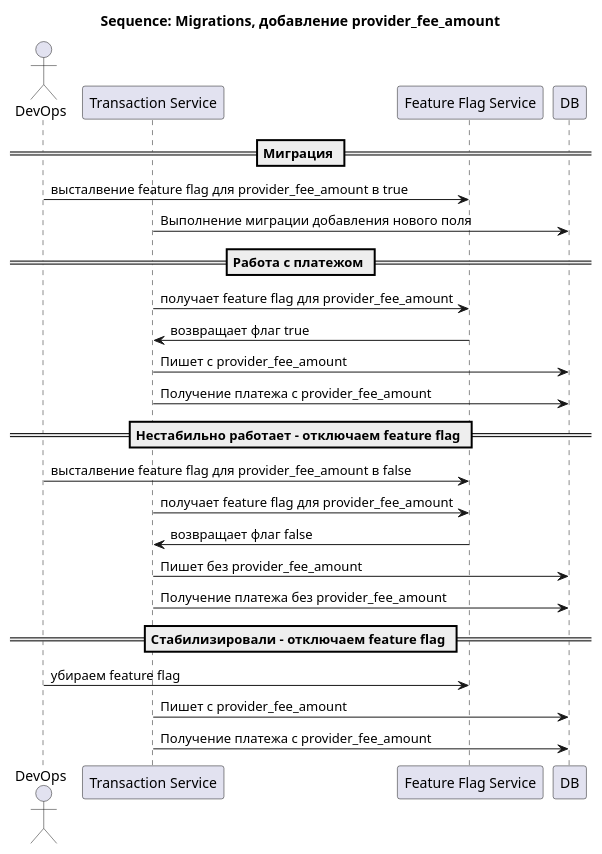
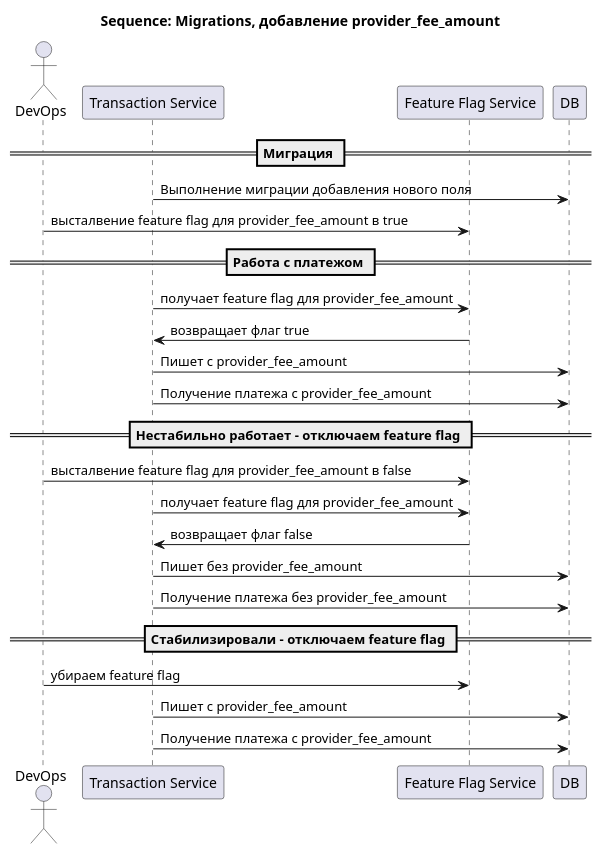
The diagram in payment/migrations/sequance.puml (NerouN1919/SDIA), drawn with PlantUML before and after one commit. The commit also changed other lines of this file and 10 other files, not shown here.

```diff
--- a/payment/migrations/sequance.puml
+++ b/payment/migrations/sequance.puml
@@ -1,30 +1,30 @@
 @startuml
 title Sequence: Migrations, добавление provider_fee_amount
 
 actor "DevOps" as devops
 participant "Transaction Service" as transaction_service
 participant "Feature Flag Service" as feature_flag_service
 participant "DB" as db
 
 == Миграция ==
+transaction_service -> db: Выполнение миграции добавления нового поля
 devops -> feature_flag_service: высталвение feature flag для provider_fee_amount в true
-transaction_service -> db: Выполнение миграции добавления нового поля
 
 == Работа с платежом ==
 transaction_service -> feature_flag_service: получает feature flag для provider_fee_amount
 feature_flag_service -> transaction_service: возвращает флаг true
 transaction_service -> db: Пишет с provider_fee_amount
 transaction_service -> db: Получение платежа с provider_fee_amount
 
 == Нестабильно работает - отключаем feature flag ==
 devops -> feature_flag_service: высталвение feature flag для provider_fee_amount в false
 transaction_service -> feature_flag_service: получает feature flag для provider_fee_amount
 feature_flag_service -> transaction_service: возвращает флаг false
 transaction_service -> db: Пишет без provider_fee_amount
 transaction_service -> db: Получение платежа без provider_fee_amount
 
 == Стабилизировали - отключаем feature flag ==
 devops -> feature_flag_service: убираем feature flag
 transaction_service -> db: Пишет с provider_fee_amount
 transaction_service -> db: Получение платежа с provider_fee_amount
 @enduml
```
